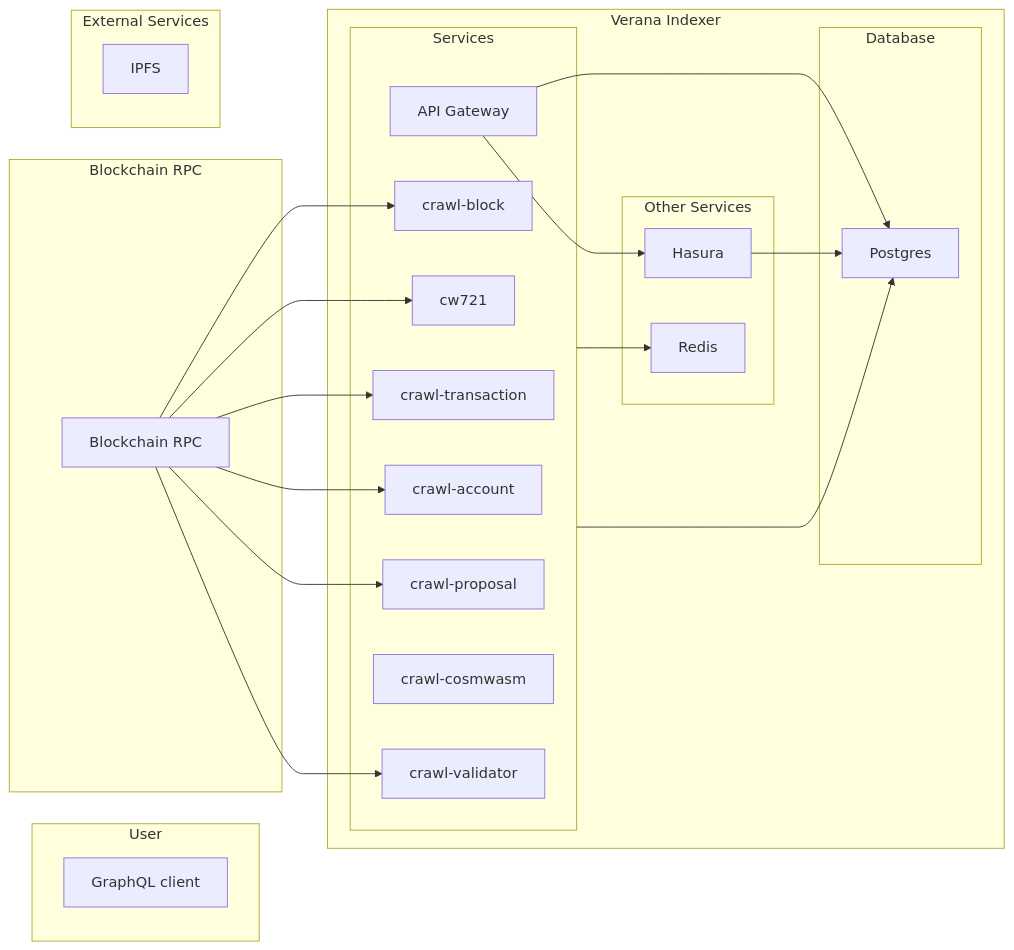
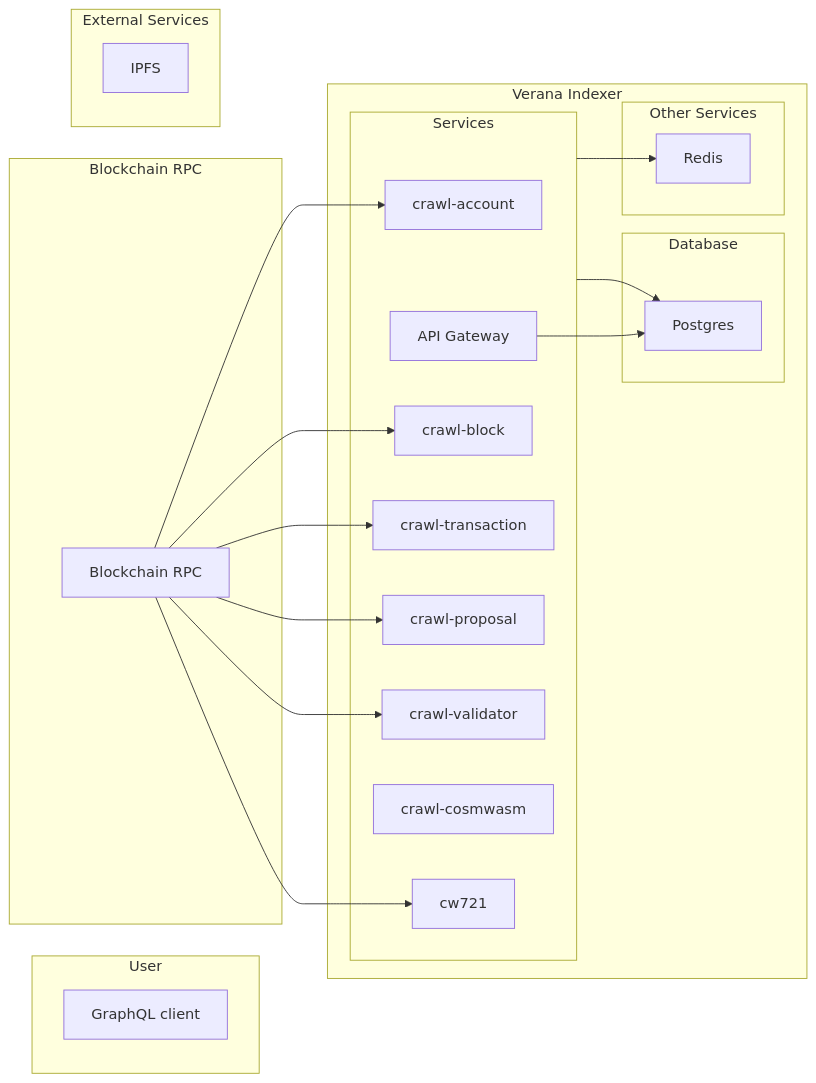
The diagram in README.md (verana-labs/verana-indexer), drawn with Mermaid before and after one commit. The commit also changed other lines of this file and 88 other files, not shown here.

````diff
--- a/README.md
+++ b/README.md
@@ -25,52 +25,50 @@
 ```mermaid
 graph LR
 
 subgraph "Verana Indexer"
   subgraph "Services"
     api-gateway["API Gateway"]
     crawl-account["crawl-account"]
     crawl-block["crawl-block"]
     crawl-transaction["crawl-transaction"]
     crawl-proposal["crawl-proposal"]
     crawl-validator["crawl-validator"]
     crawl-cosmwasm["crawl-cosmwasm"]
     cw721["cw721"]
   end
 
   subgraph "Database"
     database["Postgres"]
   end
 
   subgraph "Other Services"
     redis["Redis"]
-    hasura["Hasura"]
   end
 
   api-gateway --> database
-  api-gateway --> hasura
-  hasura --> database
+
 
   Services --> redis
   Services --> database
 end
 
 subgraph "User"
   user["GraphQL client"]
 end
 
 subgraph "Blockchain RPC"
   blockchain["Blockchain RPC"]
 end
 
 subgraph "External Services"
   ipfs["IPFS"]
 end
 
 blockchain --> crawl-block
 blockchain --> cw721
 blockchain --> crawl-transaction
 blockchain --> crawl-account
 blockchain --> crawl-proposal
 blockchain --> crawl-validator
 
 ```
````
